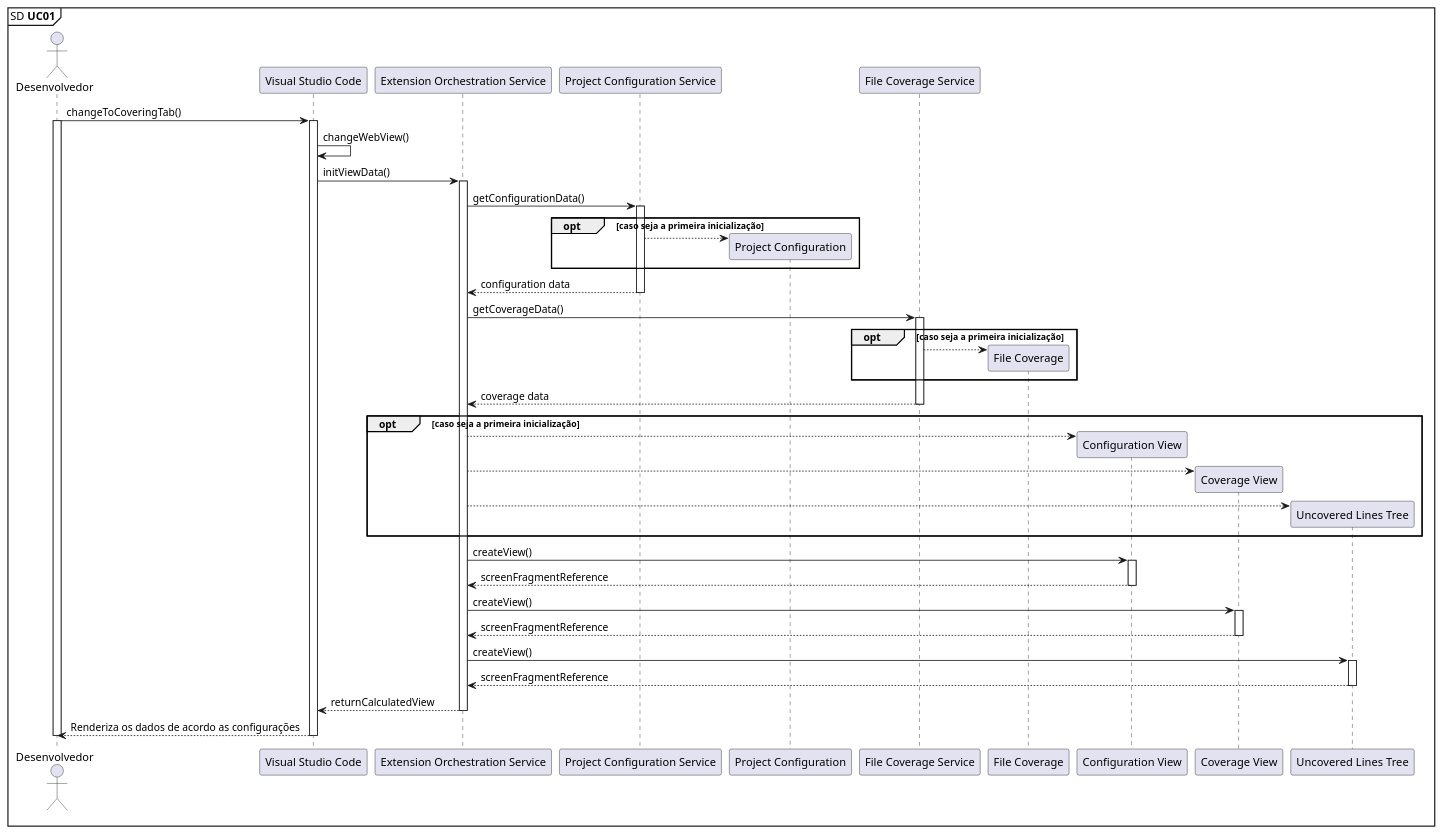
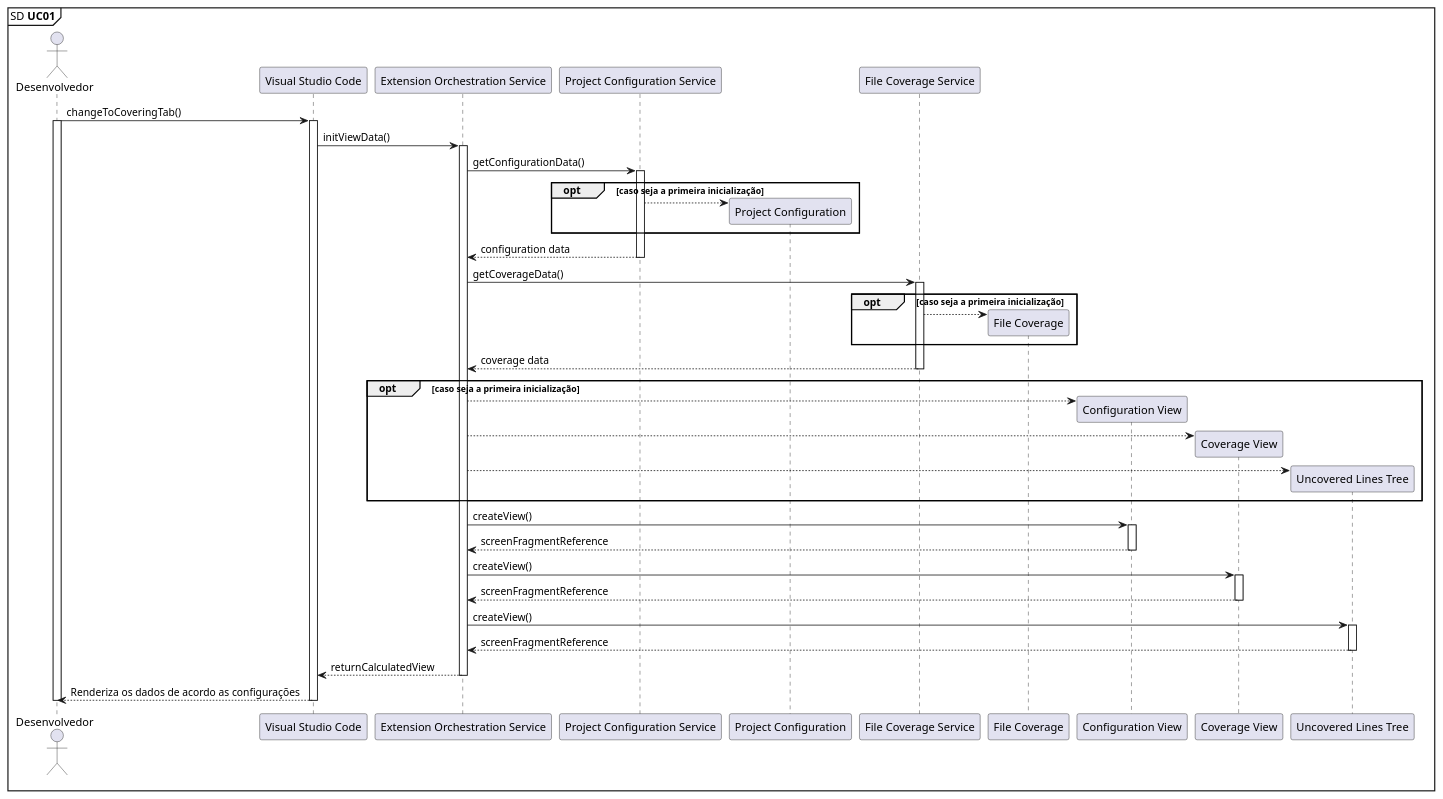
Before and after one commit to ICEI-PUC-Minas-PPLES-TI/plf-es-2022-1-tcci-5308100-dev-arthur-rocha-guilherme-oliveira: the diagram in Artefatos/Diagrama de Sequência/PlantUML/UC01.plantuml, drawn with PlantUML. The commit also changed 3 other files, not shown here.

Commit message:
📚 docs: Update diagrams labels

```diff
--- a/Artefatos/Diagrama de Sequência/PlantUML/UC01.plantuml
+++ b/Artefatos/Diagrama de Sequência/PlantUML/UC01.plantuml
@@ -1,81 +1,79 @@
 @startuml
 
 mainframe SD **UC01** 
 
 'UC01: Como desenvolvedor, desejo abrir a aba no menu lateral do VS Code, trazendo informações pertinentes à extensão.
 
 actor       Desenvolvedor                     as Dev
 participant "Visual Studio Code"              as VSCode
 participant "Extension Orchestration Service" as ExtensionOrchestrationService
 participant "Project Configuration Service"   as ProjectConfigurationService
 participant "Project Configuration"           as ProjectConfiguration
 participant "File Coverage Service"           as FileCoverageService
 participant "File Coverage"                   as FileCoverage
 participant "Configuration View"              as ConfigurationView
 participant "Coverage View"                   as CoverageView
 participant "Uncovered Lines Tree"            as UncoveredLinesTree
 
 Dev -> VSCode: changeToCoveringTab()
 activate Dev
 activate VSCode
 
-VSCode -> VSCode: changeWebView()
 VSCode -> ExtensionOrchestrationService: initViewData()
 activate ExtensionOrchestrationService
-
 
 ExtensionOrchestrationService -> ProjectConfigurationService: getConfigurationData()
 activate ProjectConfigurationService
 
 opt caso seja a primeira inicialização
   create ProjectConfiguration
   ProjectConfigurationService --> ProjectConfiguration
 end
 
 ExtensionOrchestrationService <-- ProjectConfigurationService: configuration data
 deactivate ProjectConfigurationService
 
 ExtensionOrchestrationService -> FileCoverageService: getCoverageData()
 activate FileCoverageService
 
 opt caso seja a primeira inicialização
   create FileCoverage
   FileCoverageService --> FileCoverage
 end
 
 ExtensionOrchestrationService <-- FileCoverageService: coverage data
 deactivate FileCoverageService
 
 opt caso seja a primeira inicialização
   create ConfigurationView
   ExtensionOrchestrationService --> ConfigurationView
   create CoverageView
   ExtensionOrchestrationService --> CoverageView
   create UncoveredLinesTree
   ExtensionOrchestrationService --> UncoveredLinesTree
 end
 
 
 ExtensionOrchestrationService -> ConfigurationView: createView()
 activate ConfigurationView
 ExtensionOrchestrationService <-- ConfigurationView: screenFragmentReference
 deactivate ConfigurationView
 
 ExtensionOrchestrationService -> CoverageView: createView()
 activate CoverageView
 ExtensionOrchestrationService <-- CoverageView: screenFragmentReference
 deactivate CoverageView
 
 ExtensionOrchestrationService -> UncoveredLinesTree: createView()
 activate UncoveredLinesTree
 ExtensionOrchestrationService <-- UncoveredLinesTree: screenFragmentReference
 deactivate UncoveredLinesTree
 
 VSCode <-- ExtensionOrchestrationService: returnCalculatedView
 deactivate ExtensionOrchestrationService
 
 Dev <-- VSCode: Renderiza os dados de acordo as configurações
 deactivate VSCode
 deactivate Dev
 
 @enduml
```
